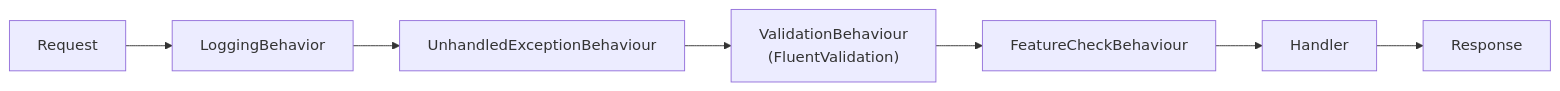
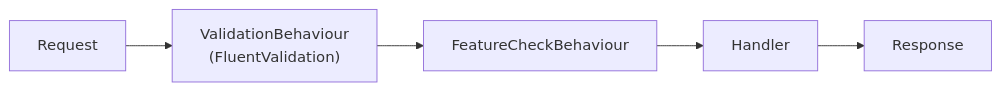
The third of 3 diagrams in docs/architecture/overview.md (suxrobGM/logistics-app), drawn with Mermaid before and after one commit. The commit also changed other lines of this file and 11 other files, not shown here.

````diff
--- a/docs/architecture/overview.md
+++ b/docs/architecture/overview.md
@@ -203,9 +203,7 @@
 ```mermaid
 flowchart LR
-    Req["Request"] --> Lg["LoggingBehavior"]
-    Lg --> Ex["UnhandledExceptionBehaviour"]
-    Ex --> V["ValidationBehaviour<br/>(FluentValidation)"]
+    Req["Request"] --> V["ValidationBehaviour<br/>(FluentValidation)"]
     V --> F["FeatureCheckBehaviour"]
     F --> H["Handler"]
     H --> Resp["Response"]
 ```
````
